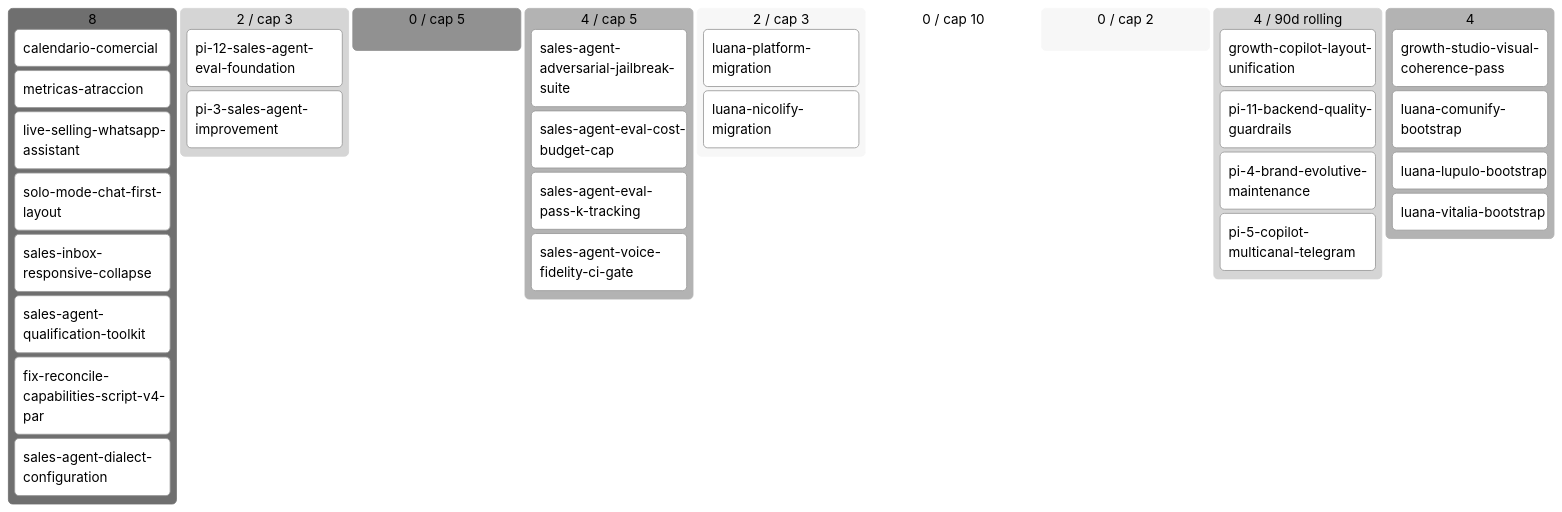
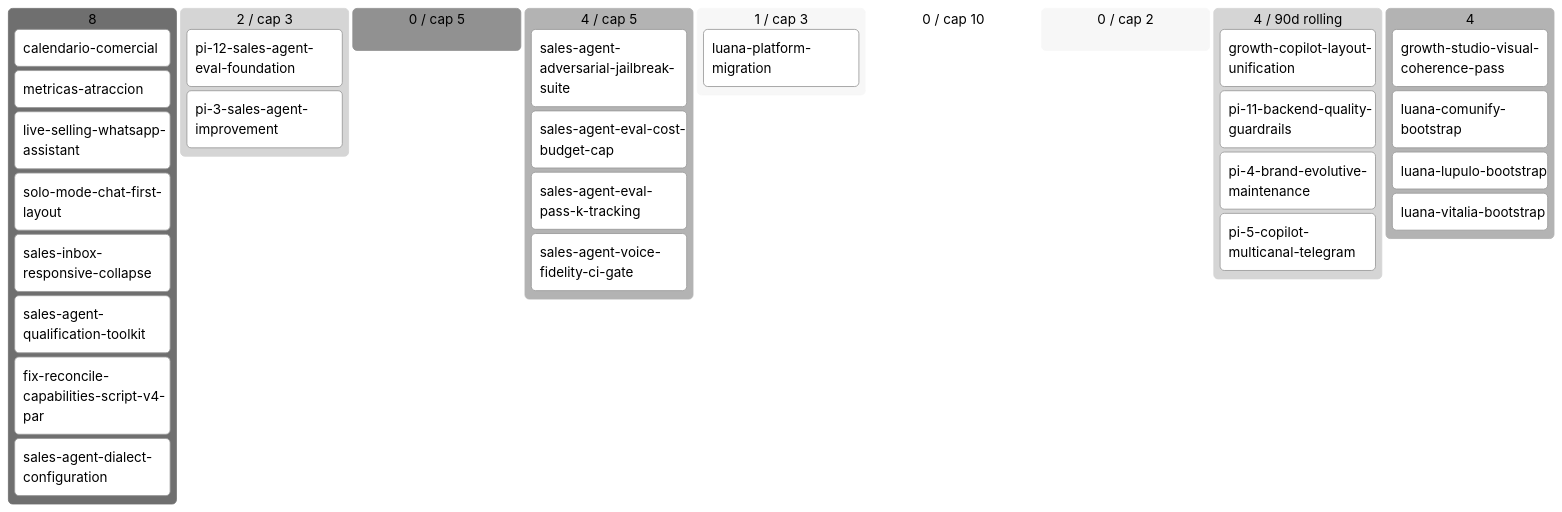
The diagram in docs/product/BACKLOG.md (alpacapurpura/ap_sales_agent), drawn with Mermaid (neutral theme) before and after one commit. The commit also changed other lines of this file and 52 other files, not shown here.

````diff
--- a/docs/product/BACKLOG.md
+++ b/docs/product/BACKLOG.md
@@ -62,36 +61,35 @@
 ```mermaid
 kanban
   💡 Ideas (8)
     calendario-comercial[calendario-comercial]
     metricas-atraccion[metricas-atraccion]
     live-selling-whatsapp-assistan[live-selling-whatsapp-assistant]
     solo-mode-chat-first-layout[solo-mode-chat-first-layout]
     sales-inbox-responsive-collaps[sales-inbox-responsive-collapse]
     sales-agent-qualification-tool[sales-agent-qualification-toolkit]
     fix-reconcile-capabilities-scr[fix-reconcile-capabilities-script-v4-par]
     sales-agent-dialect-configurat[sales-agent-dialect-configuration]
   🔬 Refining (2 / cap 3)
     pi-12-sales-agent-eval-foundat[pi-12-sales-agent-eval-foundation]
     pi-3-sales-agent-improvement[pi-3-sales-agent-improvement]
   ✅ Refined (0 / cap 5)
   📦 Ready (4 / cap 5)
     sales-agent-adversarial-jailbr[sales-agent-adversarial-jailbreak-suite]
     sales-agent-eval-cost-budget-c[sales-agent-eval-cost-budget-cap]
     sales-agent-eval-pass-k-tracki[sales-agent-eval-pass-k-tracking]
     sales-agent-voice-fidelity-ci-[sales-agent-voice-fidelity-ci-gate]
-  🔨 Developing (2 / cap 3)
+  🔨 Developing (1 / cap 3)
     luana-platform-migration[luana-platform-migration]
-    luana-nicolify-migration[luana-nicolify-migration]
   🧪 Developed (0 / cap 10)
   🔍 Reviewing (0 / cap 2)
   ✅ Done (4 / 90d rolling)
     growth-copilot-layout-unificat[growth-copilot-layout-unification]
     pi-11-backend-quality-guardrai[pi-11-backend-quality-guardrails]
     pi-4-brand-evolutive-maintenan[pi-4-brand-evolutive-maintenance]
     pi-5-copilot-multicanal-telegr[pi-5-copilot-multicanal-telegram]
   🅿 Parked (4)
     growth-studio-visual-coherence[growth-studio-visual-coherence-pass]
     luana-comunify-bootstrap[luana-comunify-bootstrap]
     luana-lupulo-bootstrap[luana-lupulo-bootstrap]
     luana-vitalia-bootstrap[luana-vitalia-bootstrap]
 ```
````
